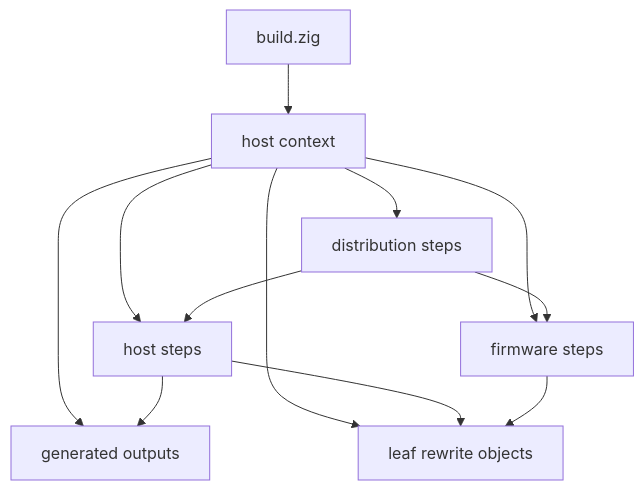
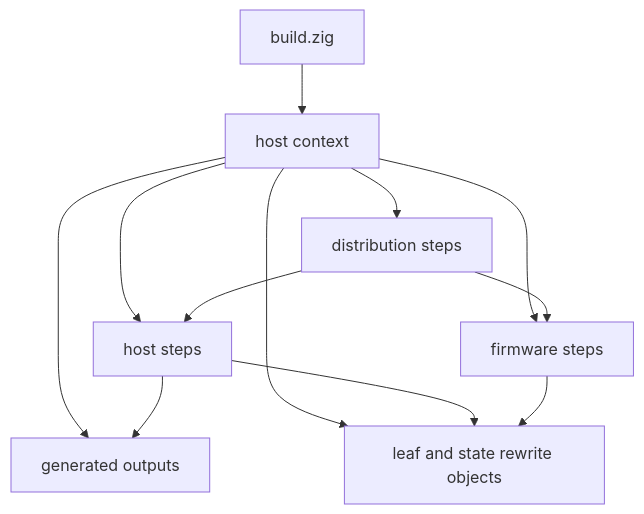
The diagram in zig_docs/20-zig-build-graph.md (ppigazzini/z47), drawn with Mermaid before and after one commit. The commit also changed other lines of this file and 29 other files, not shown here.

````diff
--- a/zig_docs/20-zig-build-graph.md
+++ b/zig_docs/20-zig-build-graph.md
@@ -44,22 +45,22 @@
 ```mermaid
 flowchart TD
   A[build.zig]
   B[host context]
   C[host steps]
   D[firmware steps]
   E[distribution steps]
   F[generated outputs]
-  G[leaf rewrite objects]
+  G[leaf and state rewrite objects]
 
   A --> B
   B --> C
   B --> D
   B --> E
   B --> F
   B --> G
   C --> F
   C --> G
   D --> G
   E --> C
   E --> D
 ```
````
